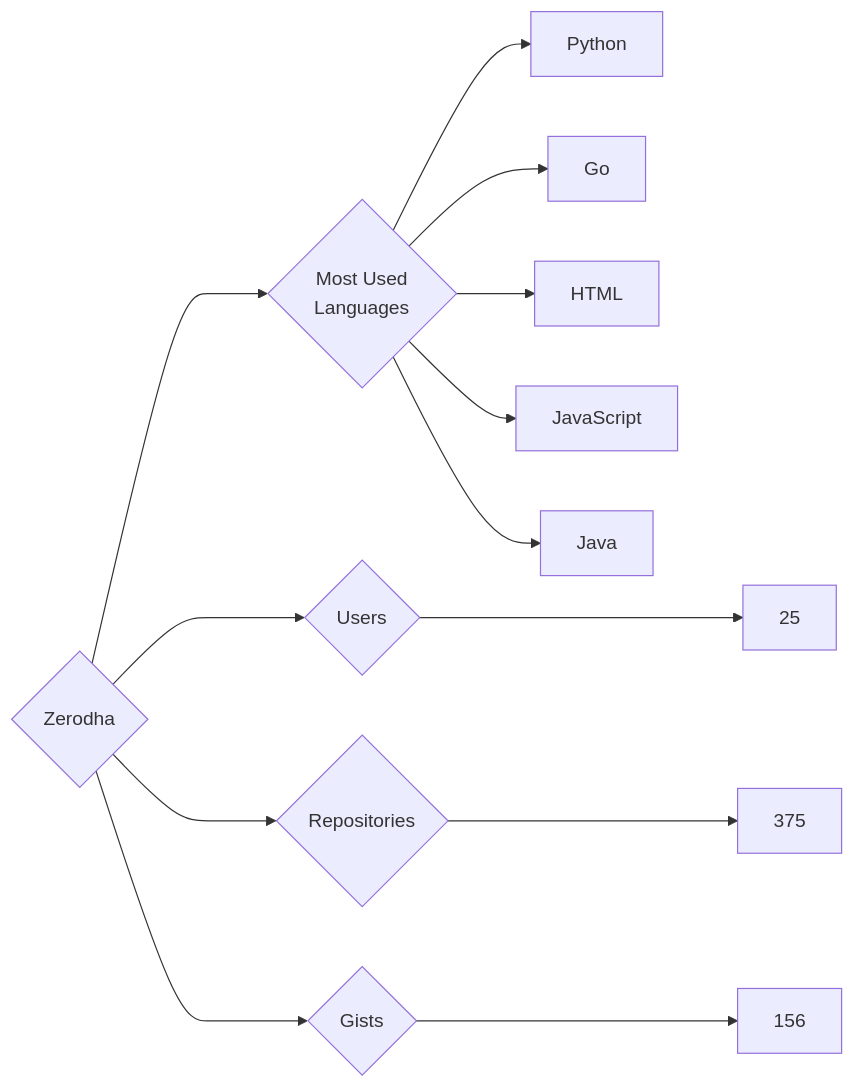
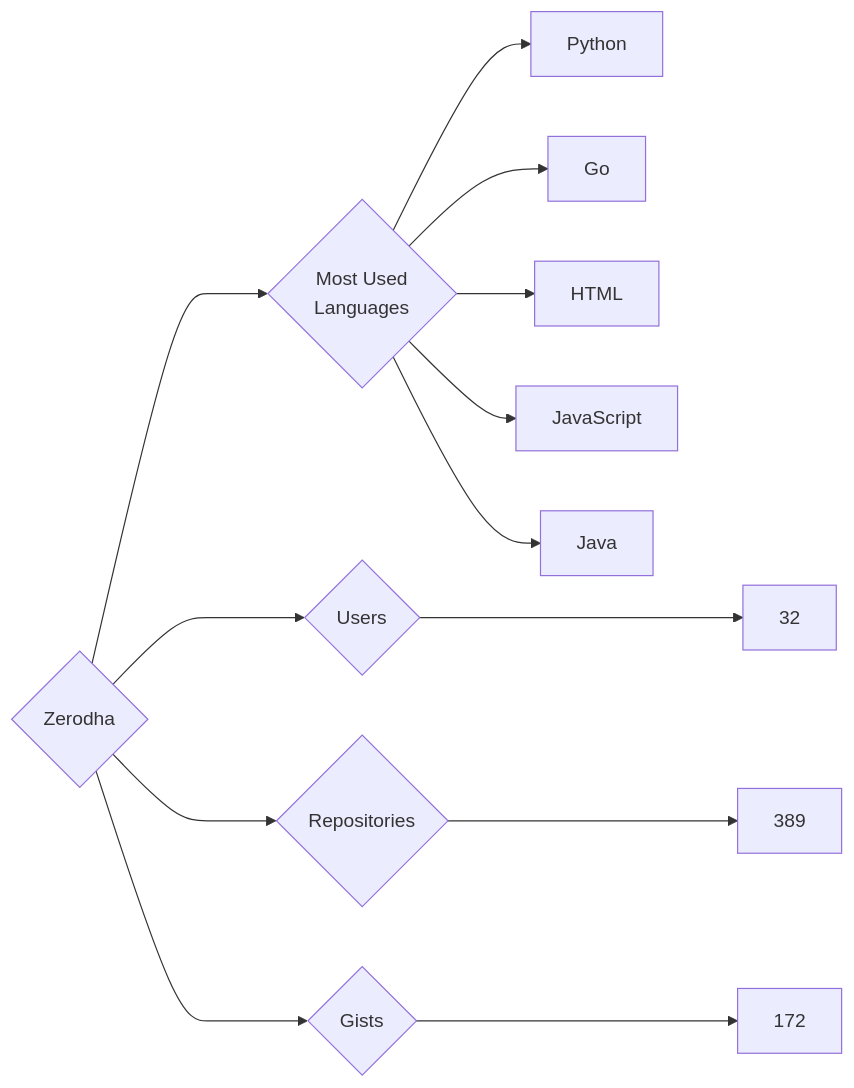
The diagram in targets/Zerodha/README.md (trickest/insiders), drawn with Mermaid before and after one commit. The commit also changed 839 other files, not shown here.

````diff
--- a/targets/Zerodha/README.md
+++ b/targets/Zerodha/README.md
@@ -3,13 +3,13 @@
 ```mermaid
 graph LR
 COMPANY_NAME{Zerodha}
-COMPANY_NAME ---> U{Users} ---> UN[25]
-COMPANY_NAME ---> R{Repositories} ---> RN[375]
-COMPANY_NAME ---> G{Gists} ---> GN[156]
+COMPANY_NAME ---> U{Users} ---> UN[32]
+COMPANY_NAME ---> R{Repositories} ---> RN[389]
+COMPANY_NAME ---> G{Gists} ---> GN[172]
 COMPANY_NAME ---> ML{Most Used<br>Languages}
 ML --> Python[Python]
 ML --> Go[Go]
 ML --> HTML[HTML]
 ML --> JavaScript[JavaScript]
 ML --> Java[Java]
 ```
````
